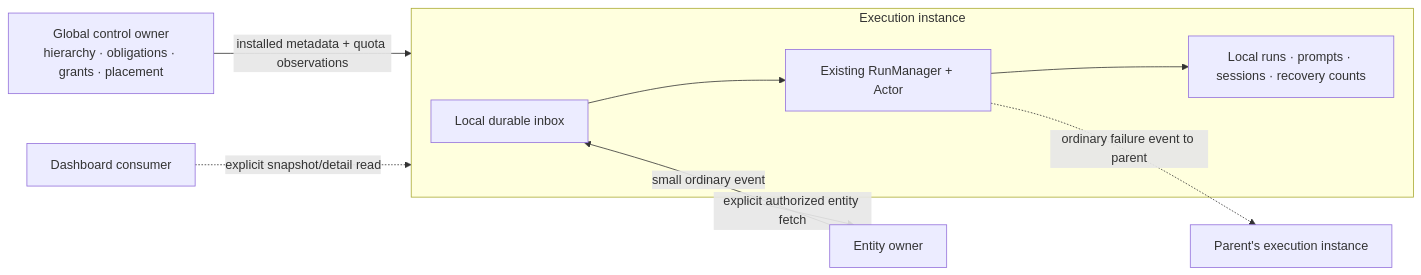
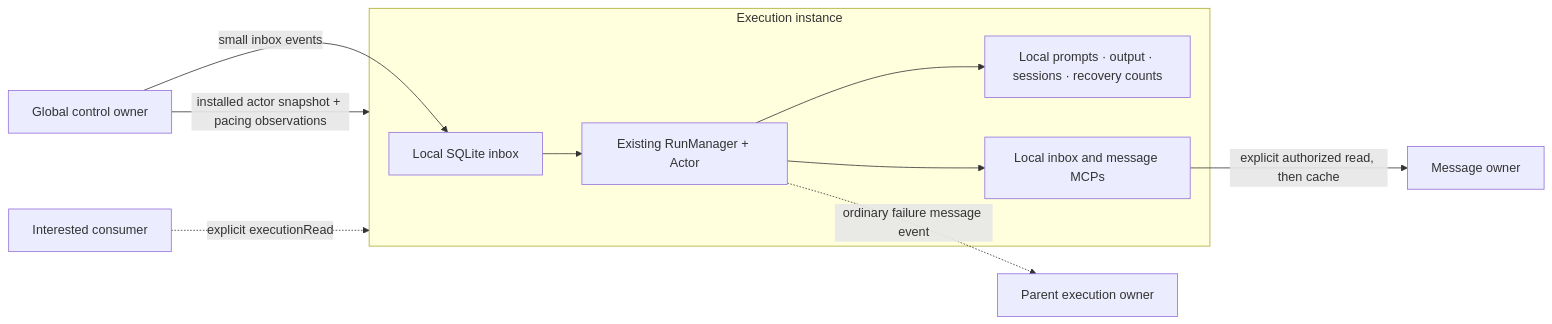
One commit to MEK-Org/rusa changed the diagram in docs/spikes/1020-instance-owned/README.md. Above: the diagram before and after it, drawn with Mermaid. The commit also changed other lines of this file and 15 other files, not shown here.

````diff
--- a/docs/spikes/1020-instance-owned/README.md
+++ b/docs/spikes/1020-instance-owned/README.md
@@ -17,13 +16,13 @@
 ```mermaid
 flowchart LR
-  Control["Global control owner\nhierarchy · obligations · grants · placement"]
-  Control -->|installed metadata + quota observations| Executor
-  subgraph Executor[Execution instance]
-    Inbox[Local durable inbox] --> Runs[Existing RunManager + Actor]
-    Runs --> Local[Local runs · prompts · sessions · recovery counts]
+  Leader[Global control owner] -->|installed actor snapshot + pacing observations| Follower
+  Leader -->|small inbox events| Inbox
+  subgraph Follower[Execution instance]
+    Inbox[Local SQLite inbox] --> Runs[Existing RunManager + Actor]
+    Runs --> Records[Local prompts · output · sessions · recovery counts]
+    Runs --> Tools[Local inbox and message MCPs]
   end
-  Origin[Entity owner] -->|small ordinary event| Inbox
-  Executor -->|explicit authorized entity fetch| Origin
-  Runs -. ordinary failure event to parent .-> Parent[Parent's execution instance]
-  Viewer[Dashboard consumer] -. explicit snapshot/detail read .-> Executor
+  Tools -->|explicit authorized read, then cache| Origin[Message owner]
+  Runs -. ordinary failure message event .-> Parent[Parent execution owner]
+  Viewer[Interested consumer] -. explicit executionRead .-> Follower
 ```
````
